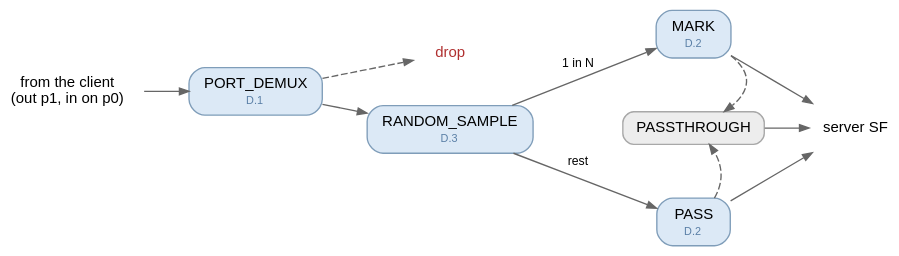
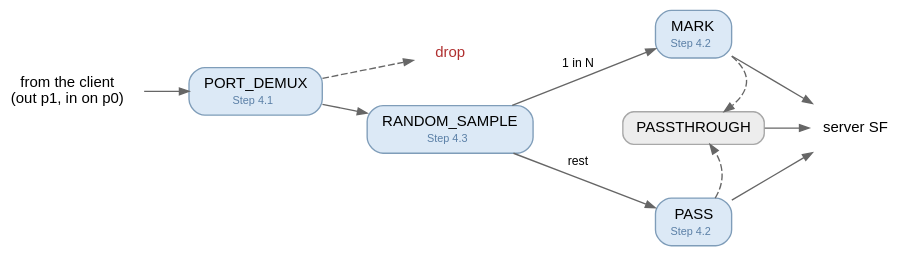
Before and after one commit to fchamicapereira/sigcomm26-tutorial-bluefield: the diagram in docs/tutorial-flow-pipeline.dot, drawn with Graphviz. The commit also changed 14 other files, not shown here.

```diff
--- a/docs/tutorial-flow-pipeline.dot
+++ b/docs/tutorial-flow-pipeline.dot
@@ -1,86 +1,86 @@
-/* The pipeline a participant builds in Part D of the DOCA Flow guide, and nothing else.
+/* The pipeline a participant builds in Step 4 of the DOCA Flow guide, and nothing else.
  *
  * Deliberately minimal: pipe names, the direction of traffic, and which section builds each one.
  * No vports, no domains, no API calls, no run-time branching on --percent. It sits immediately
- * before D.1 so the reader can see the shape of the finished thing before writing any of it, and
+ * before Step 4.1 so the reader can see the shape of the finished thing before writing any of it, and
  * every box in it is either a function they write or the one worked example they are given.
  *
  * NOT the same figure as pf0-eswitch-pipes.dot, which is the full eSwitch view including the
  * capture path. That path is no longer part of the exercise; this file is what the guide uses.
  *
  * Pipe names must match doca_flow_solution.c exactly -- PORT_DEMUX, RANDOM_SAMPLE, MARK, PASS,
  * PASSTHROUGH. The older figure went stale on exactly this and cost a review cycle.
  *
  * PASSTHROUGH shares a rank with MARK and PASS rather than taking one of its own. It is only ever
  * reached from them, so in rankdir=LR a rank of its own would add a whole column for one box and
  * push the figure past what fits at page width; on the same rank the two miss edges simply drop
  * down to it.
  *
- * Drawn in the --percent-between-0-and-100 shape, the one D.3 ends at: RANDOM_SAMPLE present, both
+ * Drawn in the --percent-between-0-and-100 shape, the one Step 4.3 ends at: RANDOM_SAMPLE present, both
  * MARK and PASS built. At 0 or 100 the wire feeds one of them directly and RANDOM_SAMPLE does not
  * exist, which the guide says in prose rather than drawing three variants here.
  */
 digraph tutorial_flow_pipeline {
   /* Left-to-right: it is a chain and reads as one.
    *
    * Keep the edge labels SHORT. In rankdir=LR graphviz lays each one out as a virtual node BETWEEN
    * ranks, so a wordy label physically pushes two columns apart -- an earlier draft with "from the
    * wire" and "the rest" on these edges came out at 6:1 and was unusable at page width.
    *
    * The return leg (server SF back out to the wire, PORT_DEMUX's second entry) is deliberately NOT
    * drawn: in LR it has to sweep back across every rank. The guide says it in a sentence instead. */
   rankdir=LR;
   fontname="Helvetica";
   bgcolor="transparent";
   nodesep=0.28;
   ranksep=0.45;
   node [fontname="Helvetica", fontsize=11];
   edge [fontname="Helvetica", fontsize=9, color="#666666", arrowsize=0.7];
 
   /* Endpoints and the drop, drawn as bare text so only the pipes read as boxes.
    *
    * The ingress names the PEER, not just the port. Labelled "wire (p0)" it kept prompting "so what
-   * happens to the traffic from p1?" -- Part A has just established that the client is the thing on
+   * happens to the traffic from p1?" -- Step 1 has just established that the client is the thing on
    * p1, and p0 does not obviously read as "the client's packets, one cable-hop later". PF1 has its
    * own eSwitch domain, which this program never touches; its traffic reaches PF0 as p0 ingress and
    * that is the only way in. Naming both ports here answers the question inside the figure. */
   node [shape=plaintext];
   wire [label="from the client\n(out p1, in on p0)"];
   sf   [label="server SF"];
   drop [label="drop", fontcolor="#b03030"];
 
   /* The pipes. Blue = you write it, and the section that does; grey = given to you. */
   node [shape=box, style="rounded,filled", color="#7f9db9", penwidth=1.0,
         height=0.34, margin="0.14,0.07", fillcolor="#dce9f6"];
   /* Two-row TABLE labels, not name<BR/>tag: with <BR/> the underscore in PORT_DEMUX and
-   * RANDOM_SAMPLE descends onto the line below and strikes through the D.n. */
-  demux  [label=<<TABLE BORDER="0" CELLBORDER="0" CELLSPACING="0" CELLPADDING="1"><TR><TD>PORT_DEMUX</TD></TR><TR><TD><FONT POINT-SIZE="8" COLOR="#5a7fa6">D.1</FONT></TD></TR></TABLE>>];
-  sample [label=<<TABLE BORDER="0" CELLBORDER="0" CELLSPACING="0" CELLPADDING="1"><TR><TD>RANDOM_SAMPLE</TD></TR><TR><TD><FONT POINT-SIZE="8" COLOR="#5a7fa6">D.3</FONT></TD></TR></TABLE>>];
-  mark   [label=<<TABLE BORDER="0" CELLBORDER="0" CELLSPACING="0" CELLPADDING="1"><TR><TD>MARK</TD></TR><TR><TD><FONT POINT-SIZE="8" COLOR="#5a7fa6">D.2</FONT></TD></TR></TABLE>>];
-  pass   [label=<<TABLE BORDER="0" CELLBORDER="0" CELLSPACING="0" CELLPADDING="1"><TR><TD>PASS</TD></TR><TR><TD><FONT POINT-SIZE="8" COLOR="#5a7fa6">D.2</FONT></TD></TR></TABLE>>];
+   * RANDOM_SAMPLE descends onto the line below and strikes through the step tag. */
+  demux  [label=<<TABLE BORDER="0" CELLBORDER="0" CELLSPACING="0" CELLPADDING="1"><TR><TD>PORT_DEMUX</TD></TR><TR><TD><FONT POINT-SIZE="8" COLOR="#5a7fa6">Step 4.1</FONT></TD></TR></TABLE>>];
+  sample [label=<<TABLE BORDER="0" CELLBORDER="0" CELLSPACING="0" CELLPADDING="1"><TR><TD>RANDOM_SAMPLE</TD></TR><TR><TD><FONT POINT-SIZE="8" COLOR="#5a7fa6">Step 4.3</FONT></TD></TR></TABLE>>];
+  mark   [label=<<TABLE BORDER="0" CELLBORDER="0" CELLSPACING="0" CELLPADDING="1"><TR><TD>MARK</TD></TR><TR><TD><FONT POINT-SIZE="8" COLOR="#5a7fa6">Step 4.2</FONT></TD></TR></TABLE>>];
+  pass   [label=<<TABLE BORDER="0" CELLBORDER="0" CELLSPACING="0" CELLPADDING="1"><TR><TD>PASS</TD></TR><TR><TD><FONT POINT-SIZE="8" COLOR="#5a7fa6">Step 4.2</FONT></TD></TR></TABLE>>];
 
-  /* Grey: given to you, not written in any section -- hence no D.n tag and a single-row label. */
+  /* Grey: given to you, not written in any section -- hence no step tag and a single-row label. */
   pt     [label="PASSTHROUGH", color="#a8a8a8", fillcolor="#ededed"];
 
   /* Wire ingress: the path the exercise is about. */
   wire   -> demux;
   demux  -> sample;
   sample -> mark   [label=" 1 in N "];
   sample -> pass   [label=" rest "];
   mark   -> sf;
   pass   -> sf;
   pt     -> sf;
 
   /* Dashed means one thing and one thing only: this is a MISS forward. MARK and PASS match IPv4,
    * so their miss is ARP and the like, and it lands in PASSTHROUGH, which forwards everything.
    * Only PORT_DEMUX's miss is a drop. The caption carries the meaning. */
   mark  -> pt   [style=dashed];
   pass  -> pt   [style=dashed];
   demux -> drop [style=dashed];
 
   /* One rank for all three, ordered MARK / PASSTHROUGH / PASS by the invisible edges: with
    * PASSTHROUGH between them each miss is a short hop, where putting it last made MARK's miss
    * sweep back across the figure to get around PASS. */
   { rank=same; mark; pt; pass; }
   mark -> pt -> pass [style=invis];
 }
```
